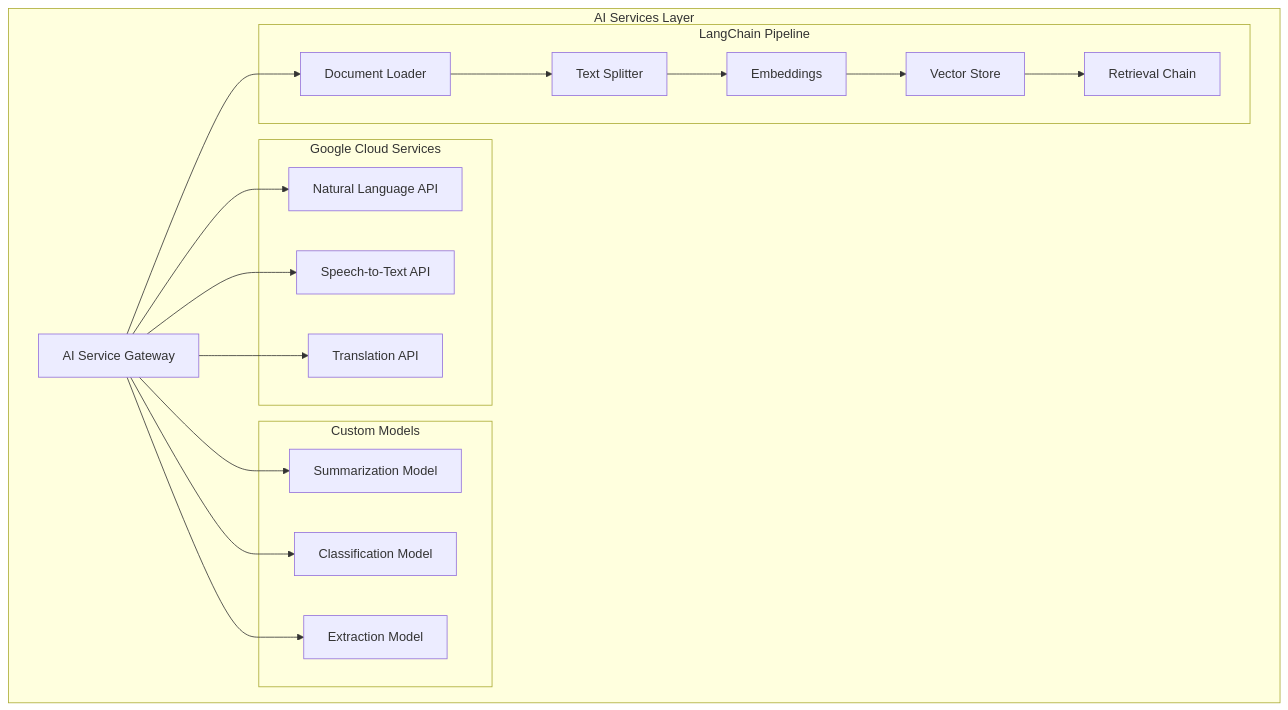
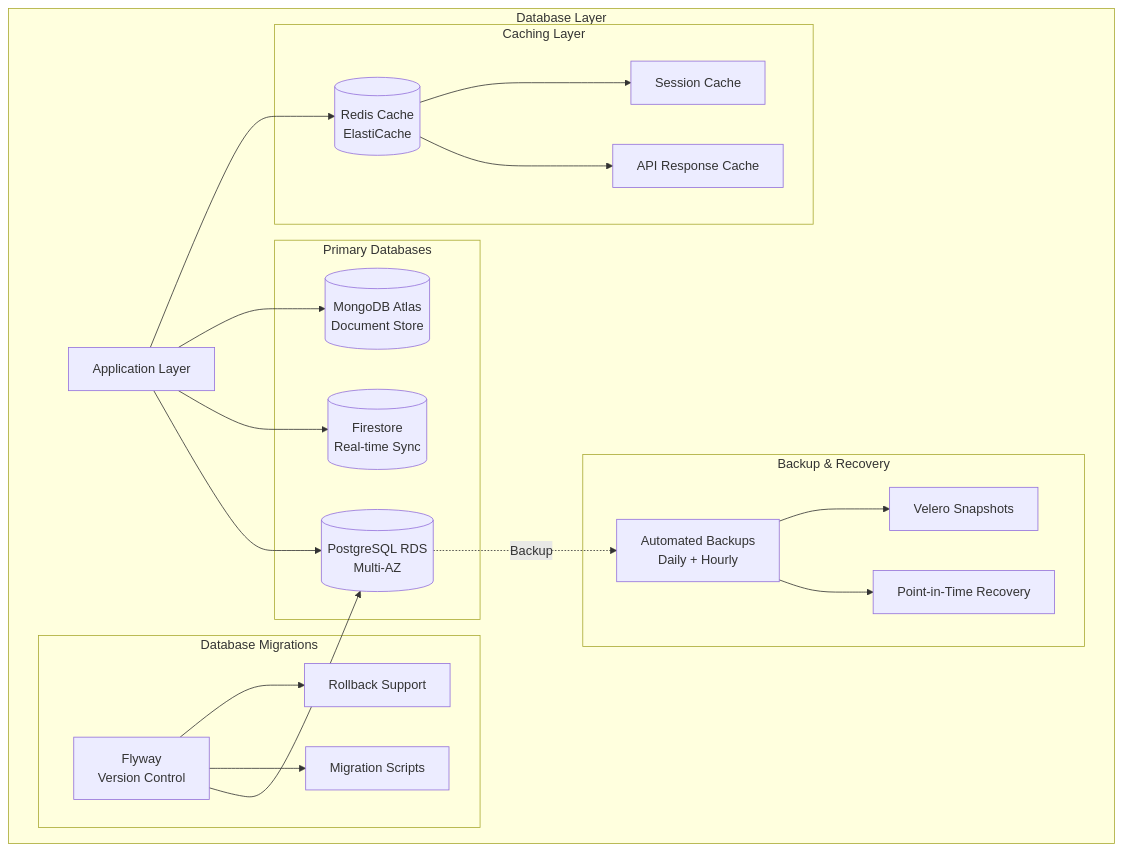
Before and after one commit to Derek-miranda/DocuThinker-AI: diagram 12 of 26 in ARCHITECTURE.md, drawn with Mermaid. The commit also changed other lines of this file and 36 other files, not shown here.

````diff
--- a/ARCHITECTURE.md
+++ b/ARCHITECTURE.md
@@ -582,38 +1124,46 @@
 ```mermaid
 graph TB
-    subgraph "AI Services Layer"
-        A[AI Service Gateway]
+    subgraph "Database Layer"
+        A[Application Layer]
 
-        subgraph "Google Cloud Services"
-            B[Natural Language API]
-            C[Speech-to-Text API]
-            D[Translation API]
+        subgraph "Primary Databases"
+            B[(PostgreSQL RDS<br/>Multi-AZ)]
+            C[(Firestore<br/>Real-time Sync)]
+            D[(MongoDB Atlas<br/>Document Store)]
         end
 
-        subgraph "Custom Models"
-            E[Summarization Model]
-            F[Classification Model]
-            G[Extraction Model]
+        subgraph "Caching Layer"
+            E[(Redis Cache<br/>ElastiCache)]
+            F[API Response Cache]
+            G[Session Cache]
         end
 
-        subgraph "LangChain Pipeline"
-            H[Document Loader]
-            I[Text Splitter]
-            J[Embeddings]
-            K[Vector Store]
-            L[Retrieval Chain]
+        subgraph "Database Migrations"
+            H[Flyway<br/>Version Control]
+            I[Migration Scripts]
+            J[Rollback Support]
+        end
+
+        subgraph "Backup & Recovery"
+            K[Automated Backups<br/>Daily + Hourly]
+            L[Point-in-Time Recovery]
+            M[Velero Snapshots]
         end
     end
 
     A --> B
     A --> C
     A --> D
     A --> E
-    A --> F
-    A --> G
-    A --> H
+
+    E --> F
+    E --> G
+
+    H --> B
     H --> I
-    I --> J
-    J --> K
+    H --> J
+
+    B -.->|Backup| K
     K --> L
+    K --> M
 ```
````
